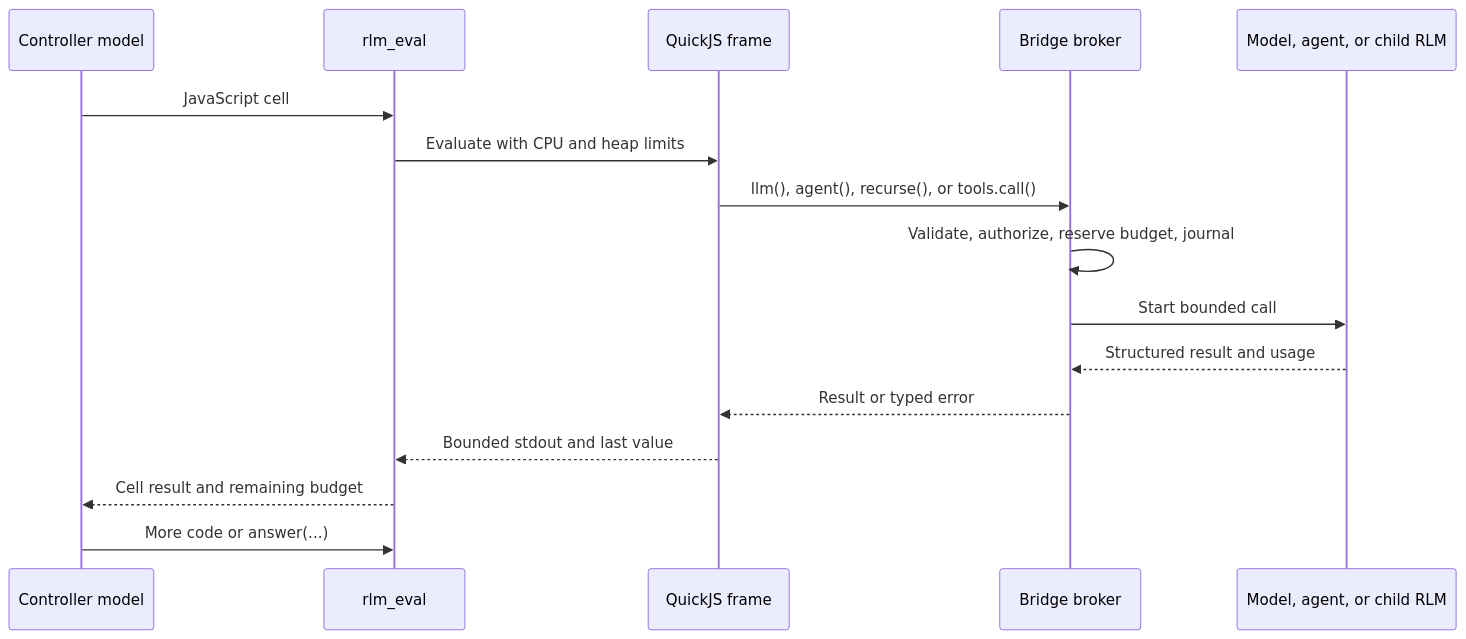
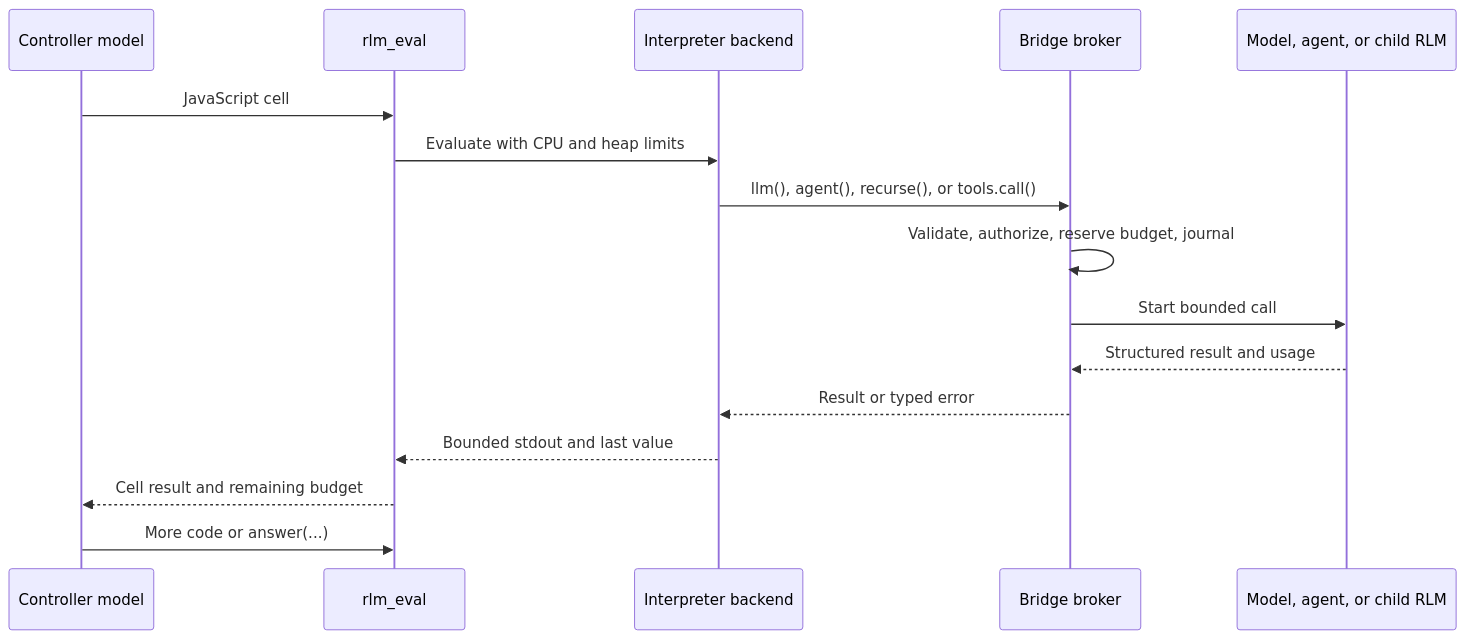
Before and after one commit to adityavkk/agent-spells: the second of 2 diagrams in docs/design/pi-rlm.md, drawn with Mermaid. The commit also changed other lines of this file and 4 other files, not shown here.

````diff
--- a/docs/design/pi-rlm.md
+++ b/docs/design/pi-rlm.md
@@ -125,19 +150,19 @@
 ```mermaid
 sequenceDiagram
     participant M as Controller model
     participant E as rlm_eval
-    participant Q as QuickJS frame
+    participant Q as Interpreter backend
     participant B as Bridge broker
     participant C as Model, agent, or child RLM
 
     M->>E: JavaScript cell
     E->>Q: Evaluate with CPU and heap limits
     Q->>B: llm(), agent(), recurse(), or tools.call()
     B->>B: Validate, authorize, reserve budget, journal
     B->>C: Start bounded call
     C-->>B: Structured result and usage
     B-->>Q: Result or typed error
     Q-->>E: Bounded stdout and last value
     E-->>M: Cell result and remaining budget
     M->>E: More code or answer(...)
 ```
````
